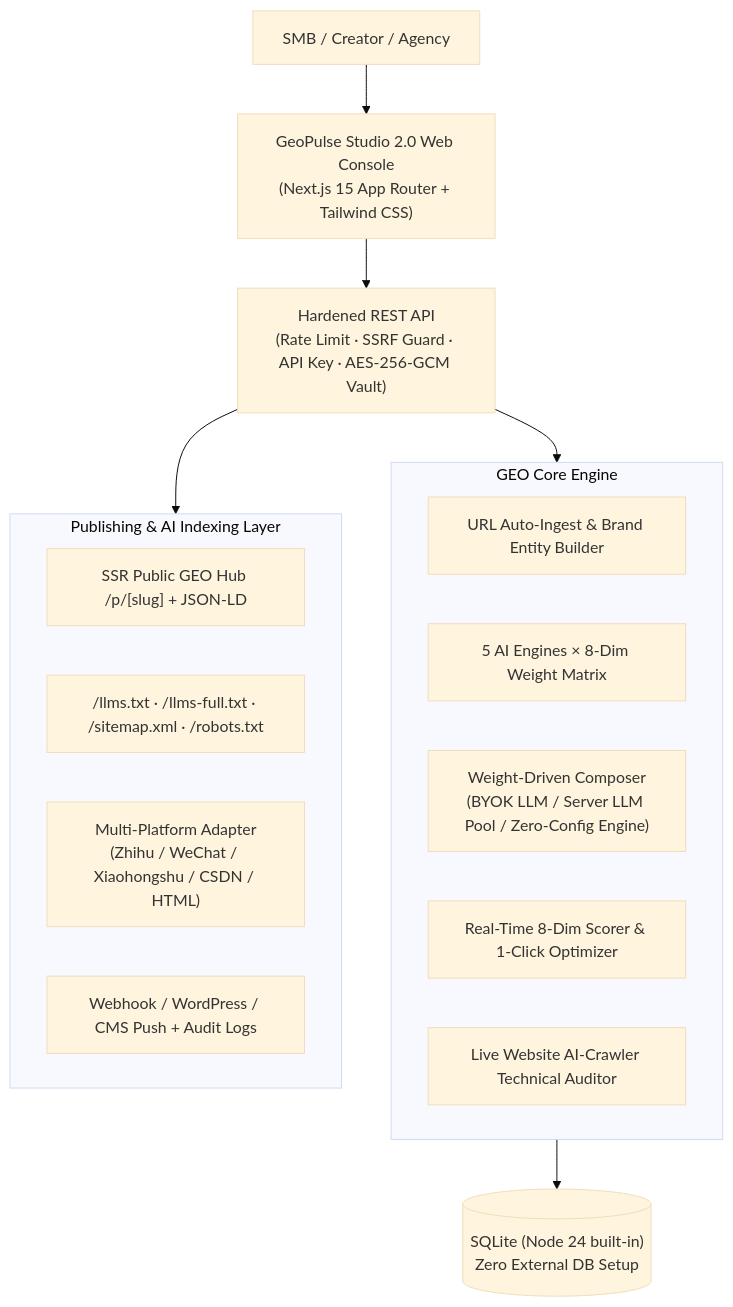
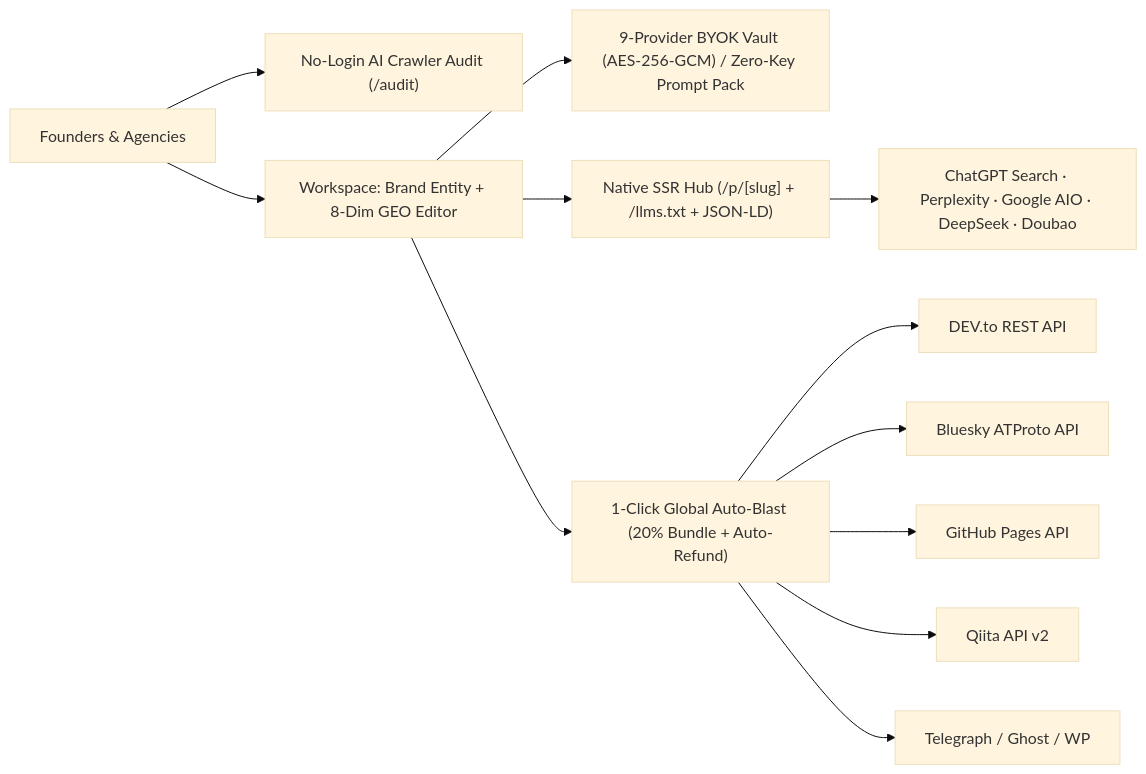
Before and after one commit to sylvia-ccc/geopulse-studio: the diagram in README.md, drawn with Mermaid (base theme). The commit also changed other lines of this file and 9 other files, not shown here.

Commit message:
feat(v4.2): One-Click Global Auto-Blast (20% bundle + client proof report), PLG conversion CTAs, Bluesky/DEV.to polish & acquisition-ready README

````diff
--- a/README.md
+++ b/README.md
@@ -59,25 +49,14 @@
 ```mermaid
-flowchart TD
-    User["SMB / Creator / Agency"] --> UI["GeoPulse Studio 2.0 Web Console\n(Next.js 15 App Router + Tailwind CSS)"]
-    UI --> API["Hardened REST API\n(Rate Limit · SSRF Guard · API Key · AES-256-GCM Vault)"]
-
-    subgraph Core["GEO Core Engine"]
-        Ingest["URL Auto-Ingest & Brand Entity Builder"]
-        Weights["5 AI Engines × 8-Dim Weight Matrix"]
-        Composer["Weight-Driven Composer\n(BYOK LLM / Server LLM Pool / Zero-Config Engine)"]
-        Scorer["Real-Time 8-Dim Scorer & 1-Click Optimizer"]
-        SiteAudit["Live Website AI-Crawler Technical Auditor"]
-    end
-
-    API --> Core
-    Core --> DB[("SQLite (Node 24 built-in)\nZero External DB Setup")]
-
-    subgraph Publish["Publishing & AI Indexing Layer"]
-        Hub["SSR Public GEO Hub /p/[slug] + JSON-LD"]
-        Crawler["/llms.txt · /llms-full.txt · /sitemap.xml · /robots.txt"]
-        Channels["Multi-Platform Adapter\n(Zhihu / WeChat / Xiaohongshu / CSDN / HTML)"]
-        Webhook["Webhook / WordPress / CMS Push + Audit Logs"]
-    end
-
-    API --> Publish
+flowchart LR
+  U["Founders & Agencies"] --> A["No-Login AI Crawler Audit (/audit)"]
+  U --> W["Workspace: Brand Entity + 8-Dim GEO Editor"]
+  W --> LLM["9-Provider BYOK Vault (AES-256-GCM) / Zero-Key Prompt Pack"]
+  W --> HUB["Native SSR Hub (/p/[slug] + /llms.txt + JSON-LD)"]
+  W --> BLAST["1-Click Global Auto-Blast (20% Bundle + Auto-Refund)"]
+  BLAST --> DEV["DEV.to REST API"]
+  BLAST --> BSKY["Bluesky ATProto API"]
+  BLAST --> GHP["GitHub Pages API"]
+  BLAST --> QIITA["Qiita API v2"]
+  BLAST --> TG["Telegraph / Ghost / WP"]
+  HUB --> CRAWL["ChatGPT Search · Perplexity · Google AIO · DeepSeek · Doubao"]
 ```
````
